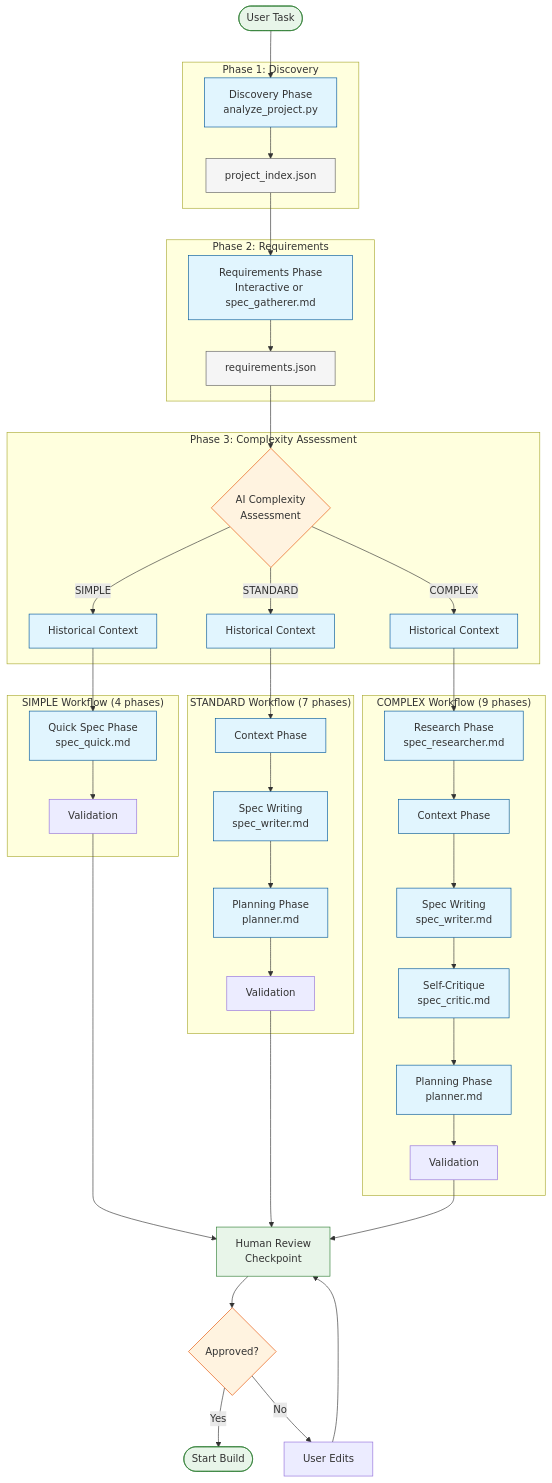
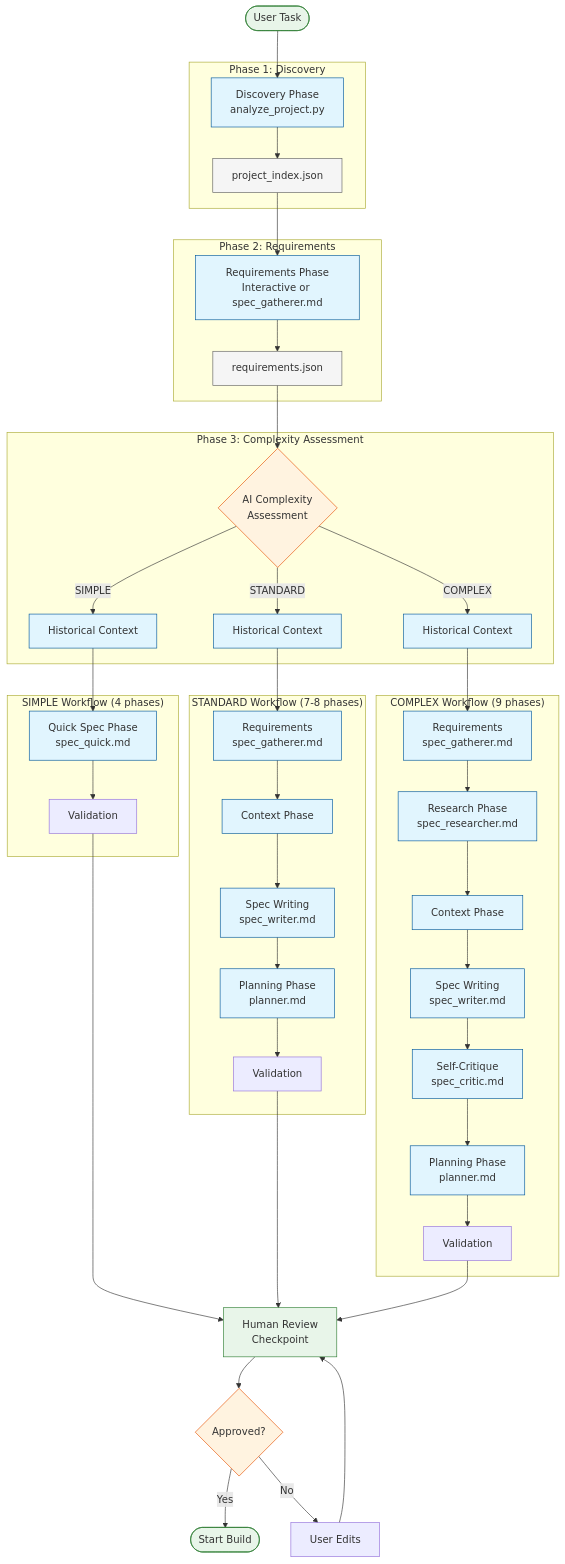
The second of 8 diagrams in guides/ARCHITECTURE.md (NMooreCo/Auto-Claude), drawn with Mermaid before and after one commit. The commit also changed other lines of this file, not shown here.

First line of the commit message:
auto-claude: subtask-4-2 - Verify spec creation phases match phase_config.py

````diff
--- a/guides/ARCHITECTURE.md
+++ b/guides/ARCHITECTURE.md
@@ -629,61 +629,63 @@
 ```mermaid
 flowchart TB
     Start([User Task]) --> Discovery
 
     subgraph Phase1["Phase 1: Discovery"]
         Discovery[Discovery Phase<br/>analyze_project.py]
         Discovery --> ProjectIndex[project_index.json]
     end
 
     subgraph Phase2["Phase 2: Requirements"]
         ProjectIndex --> Requirements[Requirements Phase<br/>Interactive or spec_gatherer.md]
         Requirements --> ReqFile[requirements.json]
     end
 
     subgraph Phase3["Phase 3: Complexity Assessment"]
         ReqFile --> Complexity{AI Complexity<br/>Assessment}
         Complexity -->|SIMPLE| SimplePath
         Complexity -->|STANDARD| StandardPath
         Complexity -->|COMPLEX| ComplexPath
     end
 
     subgraph SimpleTier["SIMPLE Workflow (4 phases)"]
         SimplePath[Historical Context] --> QuickSpec[Quick Spec Phase<br/>spec_quick.md]
         QuickSpec --> SimpleValidate[Validation]
     end
 
-    subgraph StandardTier["STANDARD Workflow (7 phases)"]
-        StandardPath[Historical Context] --> StdContext[Context Phase]
+    subgraph StandardTier["STANDARD Workflow (7-8 phases)"]
+        StandardPath[Historical Context] --> StdReq[Requirements<br/>spec_gatherer.md]
+        StdReq --> StdContext[Context Phase]
         StdContext --> StdSpec[Spec Writing<br/>spec_writer.md]
         StdSpec --> StdPlan[Planning Phase<br/>planner.md]
         StdPlan --> StdValidate[Validation]
     end
 
     subgraph ComplexTier["COMPLEX Workflow (9 phases)"]
-        ComplexPath[Historical Context] --> Research[Research Phase<br/>spec_researcher.md]
+        ComplexPath[Historical Context] --> CplxReq[Requirements<br/>spec_gatherer.md]
+        CplxReq --> Research[Research Phase<br/>spec_researcher.md]
         Research --> CplxContext[Context Phase]
         CplxContext --> CplxSpec[Spec Writing<br/>spec_writer.md]
         CplxSpec --> Critique[Self-Critique<br/>spec_critic.md]
         Critique --> CplxPlan[Planning Phase<br/>planner.md]
         CplxPlan --> CplxValidate[Validation]
     end
 
     SimpleValidate --> Review
     StdValidate --> Review
     CplxValidate --> Review
 
     Review[Human Review<br/>Checkpoint] --> Approved{Approved?}
     Approved -->|Yes| Build([Start Build])
     Approved -->|No| Edit[User Edits]
     Edit --> Review
 
     classDef phase fill:#e1f5fe,stroke:#01579b
     classDef output fill:#f5f5f5,stroke:#616161
     classDef decision fill:#fff3e0,stroke:#e65100
     classDef endpoint fill:#e8f5e9,stroke:#2e7d32
 
-    class Discovery,Requirements,SimplePath,StandardPath,ComplexPath,QuickSpec,StdContext,StdSpec,StdPlan,CplxContext,CplxSpec,Critique,CplxPlan,Research phase
+    class Discovery,Requirements,SimplePath,StandardPath,ComplexPath,QuickSpec,StdReq,StdContext,StdSpec,StdPlan,CplxReq,CplxContext,CplxSpec,Critique,CplxPlan,Research phase
     class ProjectIndex,ReqFile output
     class Complexity,Approved decision
     class Start,Build,Review endpoint
 ```
````
